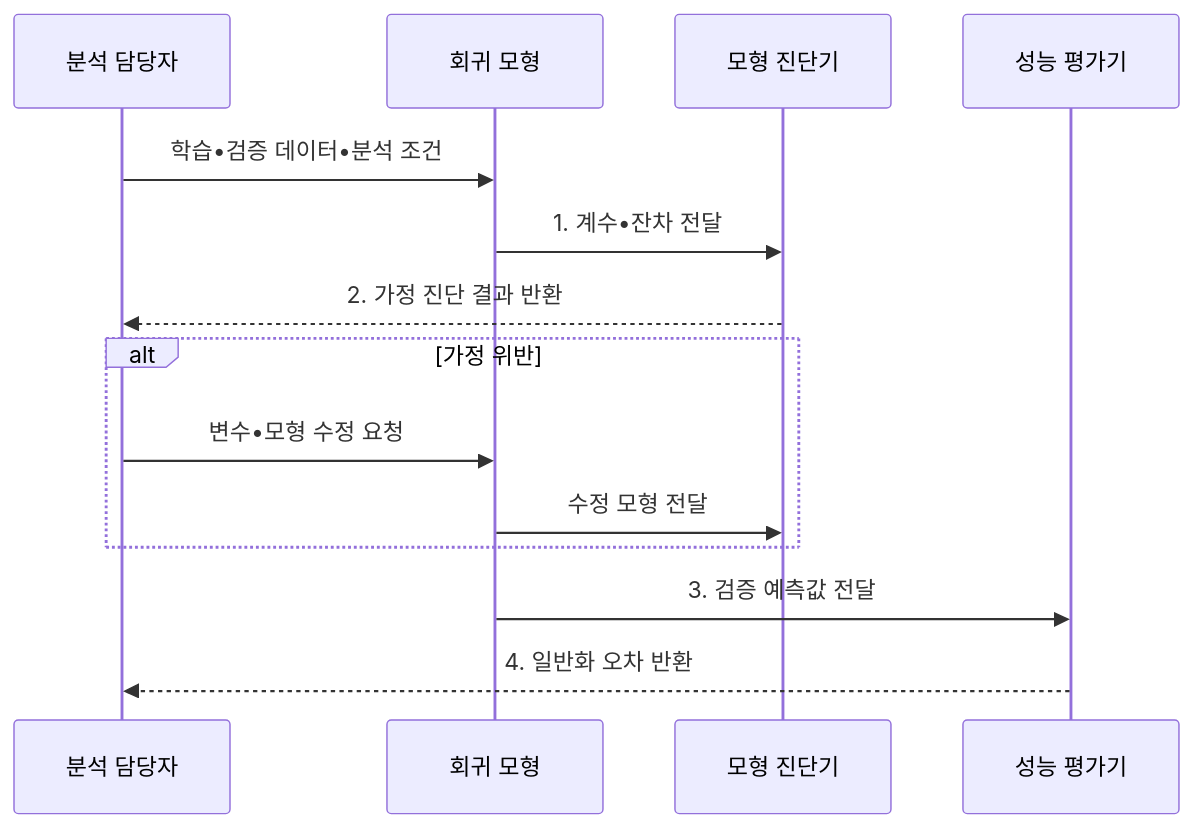
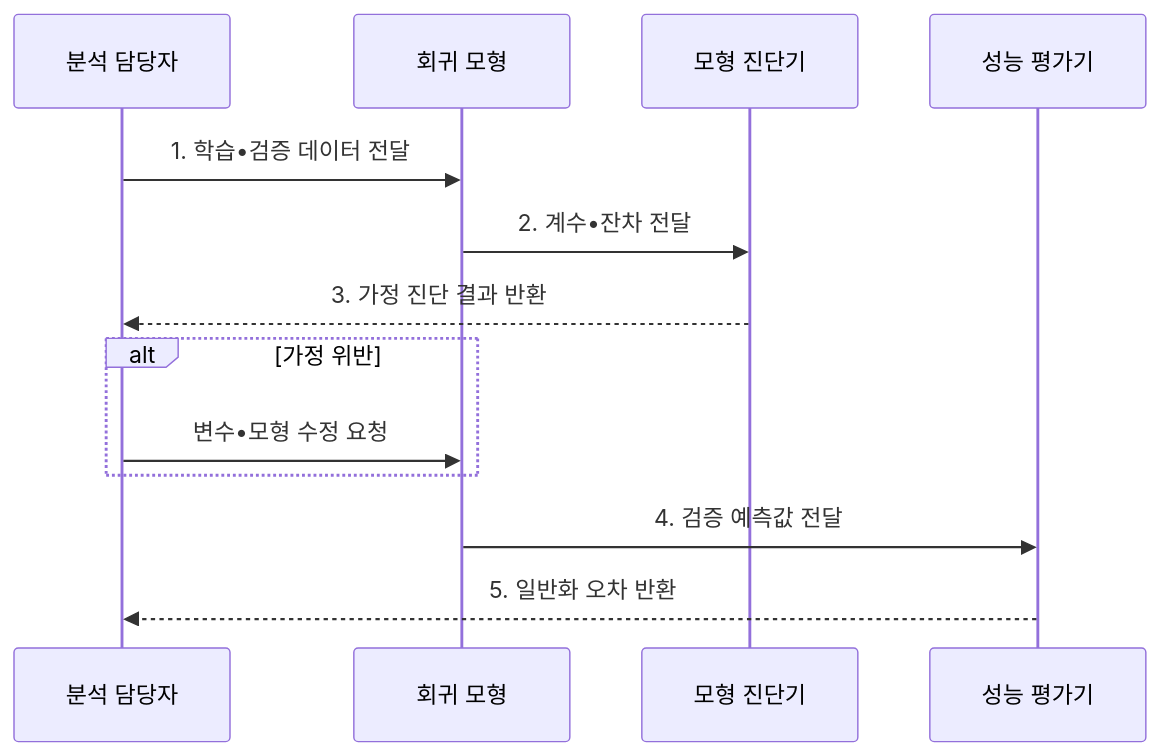
The second of 2 diagrams in src/content/docs/notes/01-basic-theory/034_regression_analysis.md (agnusdei1207/knowledge-base), drawn with Mermaid before and after one commit. The commit also changed other lines of this file and 26 other files, not shown here.

````diff
--- a/src/content/docs/notes/01-basic-theory/034_regression_analysis.md
+++ b/src/content/docs/notes/01-basic-theory/034_regression_analysis.md
@@ -87,16 +87,15 @@
 ```mermaid
 sequenceDiagram
     participant A as 분석 담당자
     participant M as 회귀 모형
     participant D as 모형 진단기
     participant E as 성능 평가기
-    A->>M: 학습•검증 데이터•분석 조건
-    M->>D: 1. 계수•잔차 전달
-    D-->>A: 2. 가정 진단 결과 반환
+    A->>M: 1. 학습•검증 데이터 전달
+    M->>D: 2. 계수•잔차 전달
+    D-->>A: 3. 가정 진단 결과 반환
     alt 가정 위반
         A->>M: 변수•모형 수정 요청
-        M->>D: 수정 모형 전달
     end
-    M->>E: 3. 검증 예측값 전달
-    E-->>A: 4. 일반화 오차 반환
+    M->>E: 4. 검증 예측값 전달
+    E-->>A: 5. 일반화 오차 반환
 ```
````
